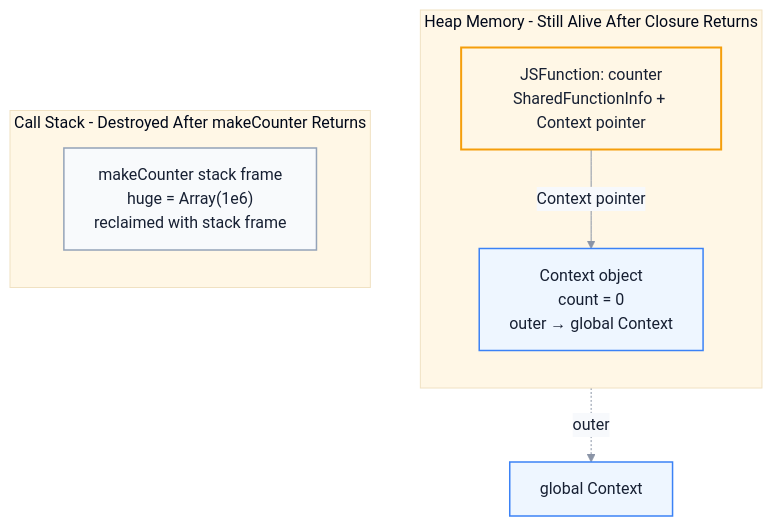
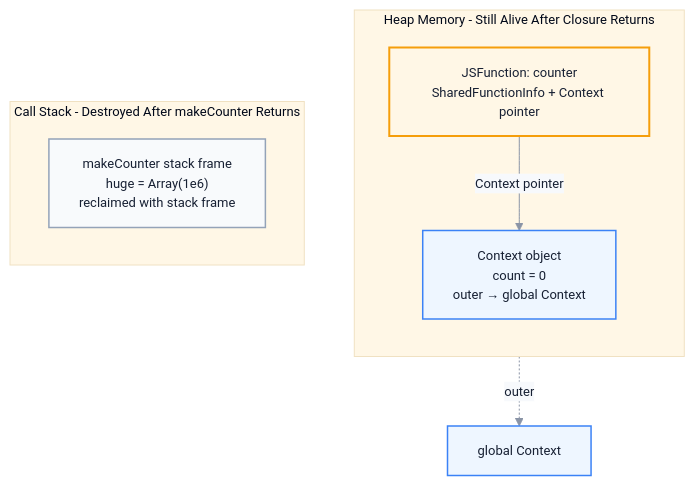
One commit to Fatejian/frontier-vault changed the third of 3 diagrams in docs/en/javascript/execution-context-closure.md. Above: the diagram before and after it, drawn with Mermaid. The commit also changed other lines of this file and 37 other files, not shown here.

````diff
--- a/docs/en/javascript/execution-context-closure.md
+++ b/docs/en/javascript/execution-context-closure.md
@@ -318,24 +318,24 @@
 ```mermaid
-%%{init: {'theme': 'base', 'themeVariables': { 'fontFamily': 'Inter, PingFang SC, Microsoft YaHei, sans-serif', 'primaryColor': '#EEF6FF', 'primaryTextColor': '#172033', 'primaryBorderColor': '#6EA8FE', 'lineColor': '#8A94A6', 'secondaryColor': '#F7F9FC', 'tertiaryColor': '#FFF7E6'}}}%%
+%%{init: {'theme': 'base', 'themeVariables': { 'fontFamily': 'Inter, PingFang SC, Microsoft YaHei, sans-serif', 'primaryColor': '#EEF6FF', 'primaryTextColor': '#172033', 'primaryBorderColor': '#6EA8FE', 'lineColor': '#8A94A6', 'secondaryColor': '#F7F9FC', 'tertiaryColor': '#FFF7E6', 'fontSize': '13px'}}}%%
 flowchart TB
     subgraph Heap["Heap Memory - Still Alive After Closure Returns"]
         direction TB
         FN["JSFunction: counter<br/>SharedFunctionInfo + Context pointer"]
         CTX["Context object<br/>count = 0<br/>outer → global Context"]
         FN -- Context pointer --> CTX
     end
 
     subgraph Stack["Call Stack - Destroyed After makeCounter Returns"]
         direction TB
         FR["makeCounter stack frame<br/>huge = Array(1e6)<br/>reclaimed with stack frame"]
     end
 
     CTX -. outer .-> GCTX["global Context"]
 
     classDef fn fill:#FFF7E6,stroke:#F59E0B,color:#172033,stroke-width:2px;
     classDef ctx fill:#EEF6FF,stroke:#3B82F6,color:#172033,stroke-width:1.5px;
     classDef stack fill:#F8FAFC,stroke:#94A3B8,color:#172033,stroke-width:1.5px;
     class FN fn;
     class CTX,GCTX ctx;
     class FR stack;
 ```
````
